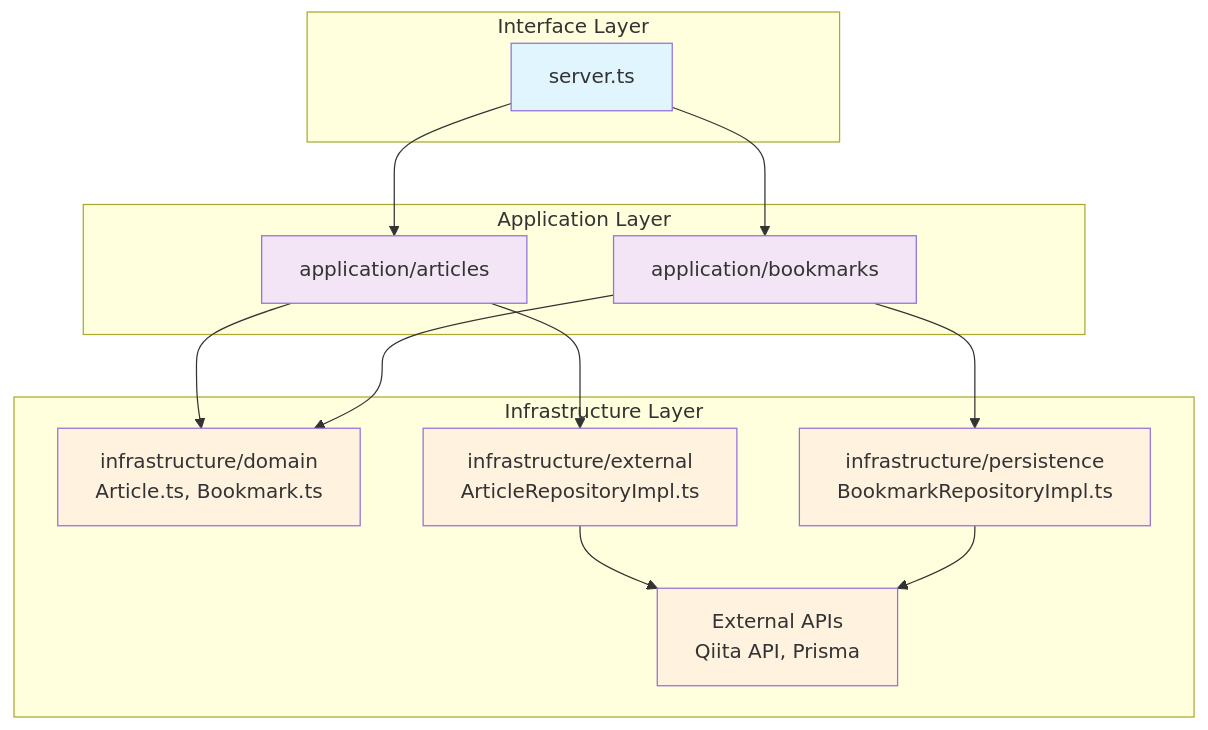
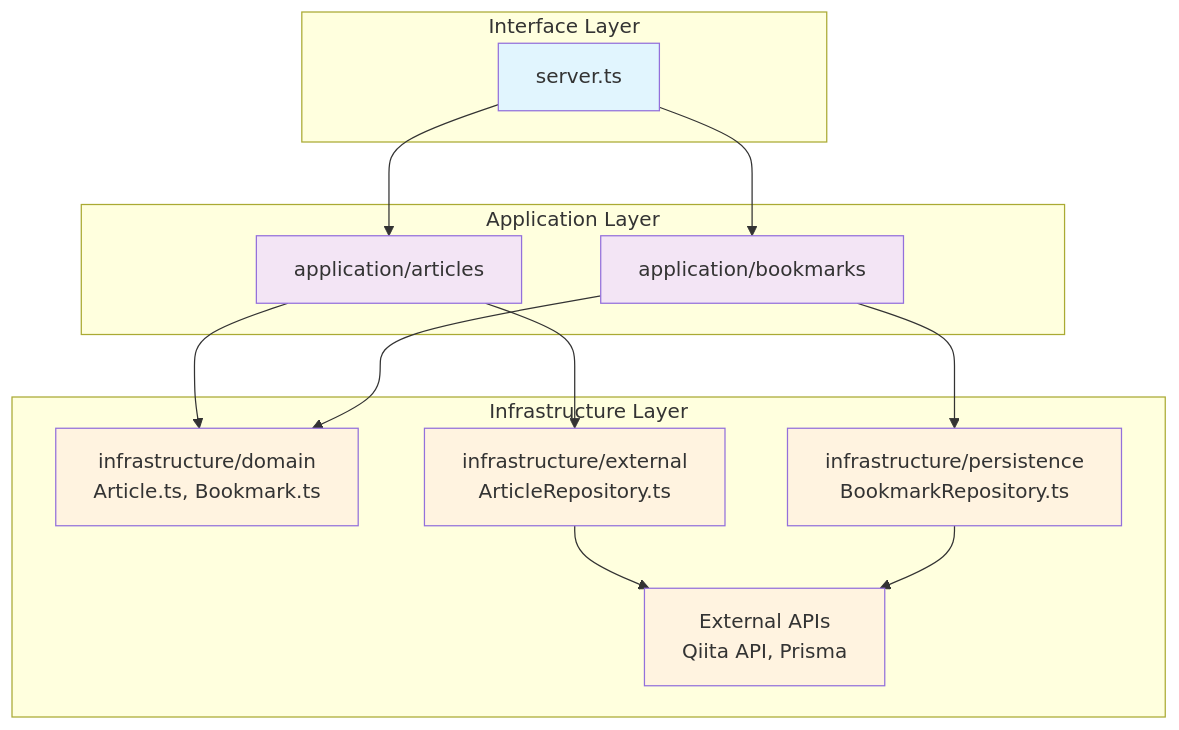
One commit to ksugawara61/expo-template changed the diagram in graphql/README.md. Above: the diagram before and after it, drawn with Mermaid. The commit also changed other lines of this file and 9 other files, not shown here.

````diff
--- a/graphql/README.md
+++ b/graphql/README.md
@@ -50,38 +50,38 @@
 ```mermaid
 graph TD
     %% Layers
     subgraph "Interface Layer"
         Server[server.ts]
     end
 
     subgraph "Application Layer"
         Articles[application/articles]
         Bookmarks[application/bookmarks]
     end
 
     subgraph "Infrastructure Layer"
         Domain[infrastructure/domain<br/>Article.ts, Bookmark.ts]
-        External[infrastructure/external<br/>ArticleRepositoryImpl.ts]
-        Persistence[infrastructure/persistence<br/>BookmarkRepositoryImpl.ts]
+        External[infrastructure/external<br/>ArticleRepository.ts]
+        Persistence[infrastructure/persistence<br/>BookmarkRepository.ts]
         ExternalAPIs[External APIs<br/>Qiita API, Prisma]
     end
 
     %% Dependencies
     Server --> Articles
     Server --> Bookmarks
     Articles --> Domain
     Bookmarks --> Domain
     Articles --> External
     Bookmarks --> Persistence
     External --> ExternalAPIs
     Persistence --> ExternalAPIs
 
     %% Styling
     classDef interface fill:#e1f5fe
     classDef application fill:#f3e5f5
     classDef infrastructure fill:#fff3e0
 
     class Server interface
     class Articles,Bookmarks application
     class Domain,External,Persistence,ExternalAPIs infrastructure
 ```
````
